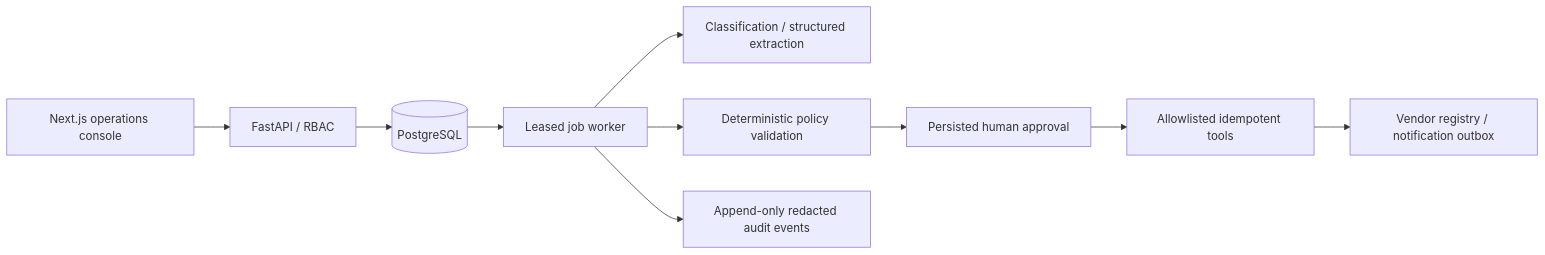
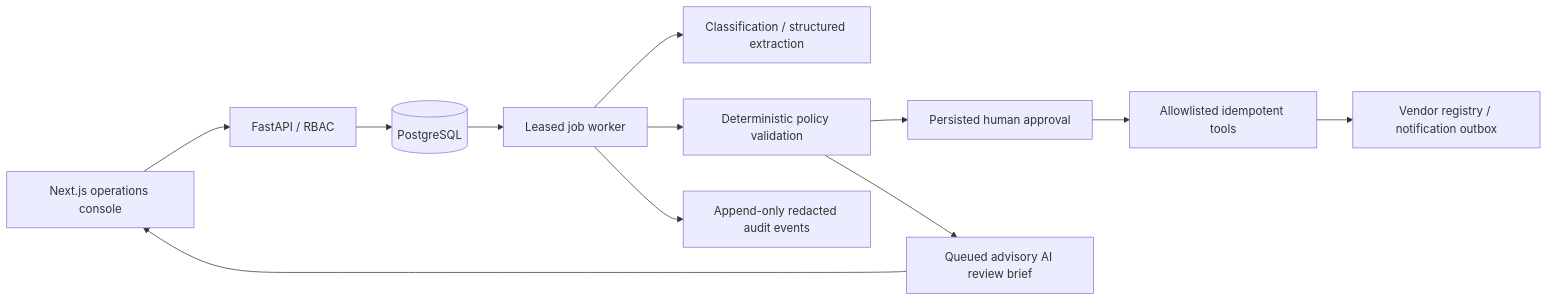
The diagram in docs/architecture.md (omkarchittar/flowpilot), drawn with Mermaid before and after one commit. The commit also changed other lines of this file and 29 other files, not shown here.

Commit message:
feat: add revision-bound advisory AI review briefs

````diff
--- a/docs/architecture.md
+++ b/docs/architecture.md
@@ -17,12 +17,14 @@
 ```mermaid
 flowchart LR
   UI[Next.js operations console] --> API[FastAPI / RBAC]
   API --> DB[(PostgreSQL)]
   DB --> Worker[Leased job worker]
   Worker --> AI[Classification / structured extraction]
   Worker --> Rules[Deterministic policy validation]
   Rules --> Approval[Persisted human approval]
+  Rules --> Brief[Queued advisory AI review brief]
+  Brief --> UI
   Approval --> Tools[Allowlisted idempotent tools]
   Tools --> Registry[Vendor registry / notification outbox]
   Worker --> Audit[Append-only redacted audit events]
 ```
````
